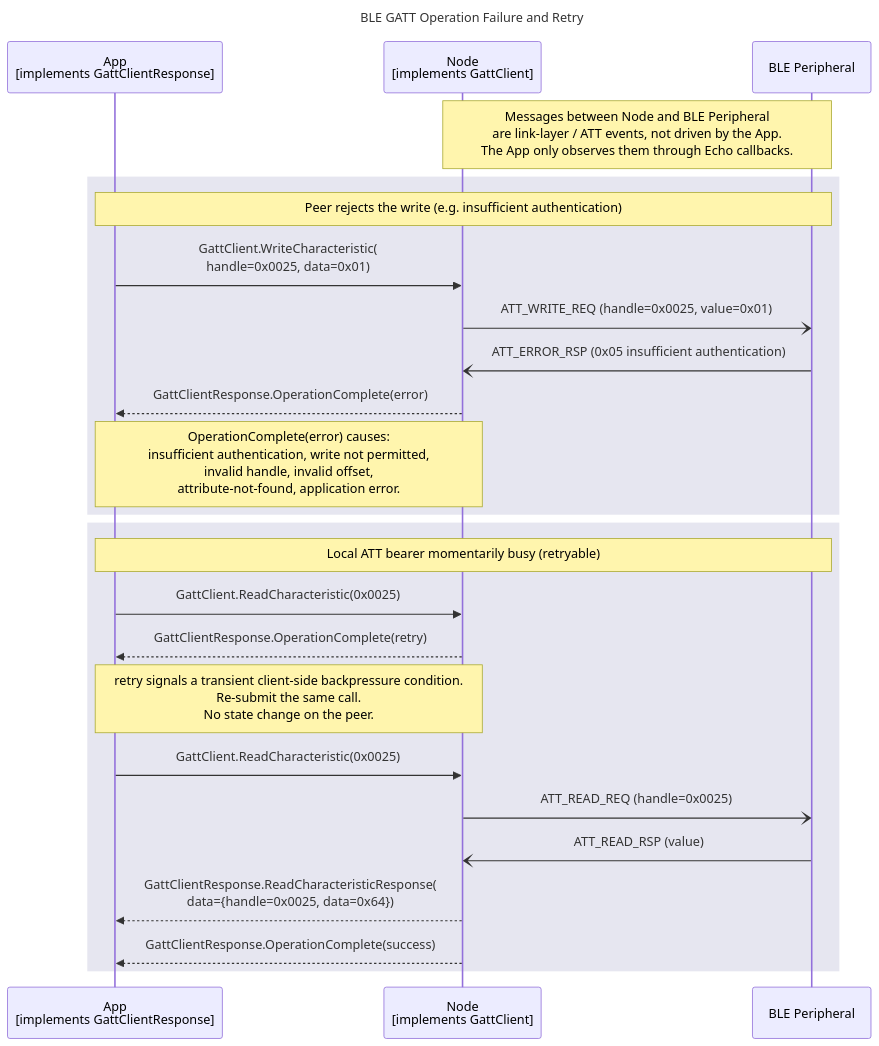
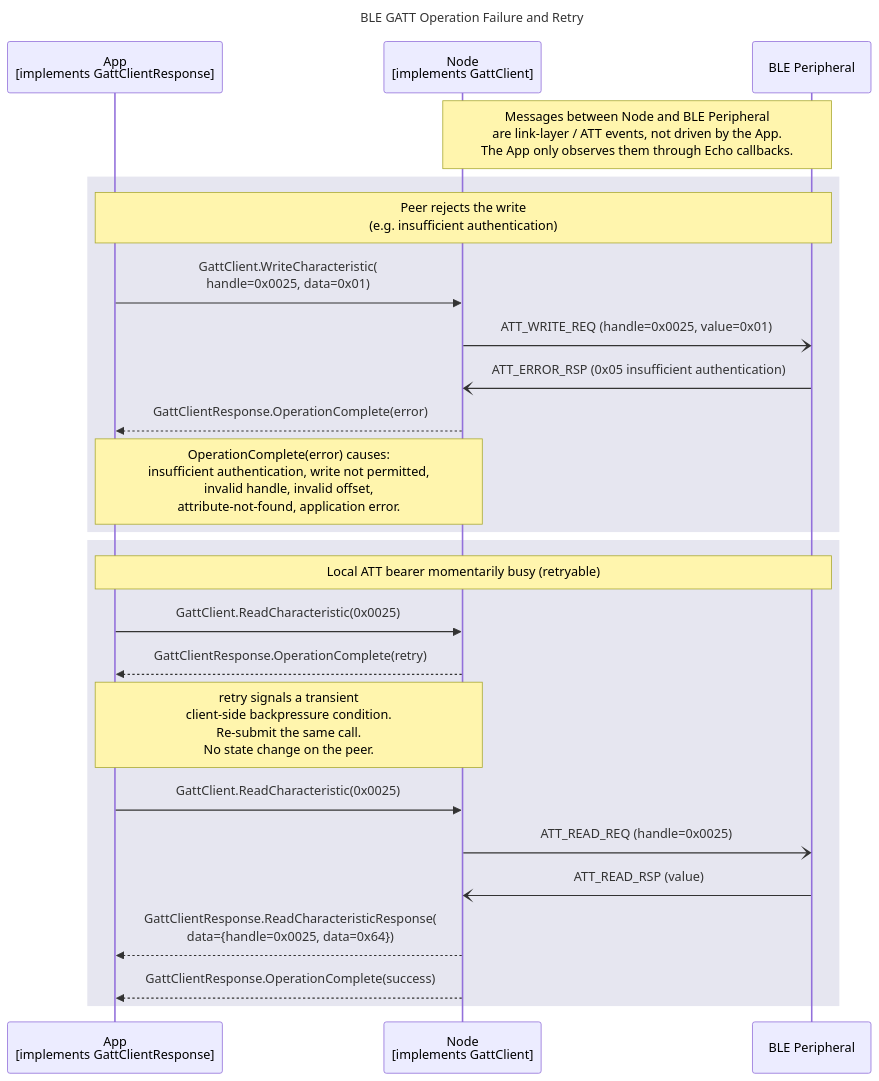
The diagram in documents/modules/ROOT/partials/echoservices/gatt_client/GattClient_OperationFailure_sequence.mmd (philips-software/amp-embedded-infra-lib), drawn with Mermaid before and after one commit. The commit also changed 12 other files, not shown here.

```diff
--- a/documents/modules/ROOT/partials/echoservices/gatt_client/GattClient_OperationFailure_sequence.mmd
+++ b/documents/modules/ROOT/partials/echoservices/gatt_client/GattClient_OperationFailure_sequence.mmd
@@ -1,30 +1,30 @@
 sequenceDiagram
     title BLE GATT Operation Failure and Retry
 
     participant App as App<br>[implements GattClientResponse]
     participant Node as Node<br>[implements GattClient]
     participant Peripheral as BLE Peripheral
 
     Note over Node, Peripheral: Messages between Node and BLE Peripheral<br>are link-layer / ATT events, not driven by the App.<br>The App only observes them through Echo callbacks.
 
     rect rgb(230, 230, 240)
-        note over App, Peripheral: Peer rejects the write (e.g. insufficient authentication)
+        note over App, Peripheral: Peer rejects the write<br>(e.g. insufficient authentication)
         App->>Node: GattClient.WriteCharacteristic(<br>handle=0x0025, data=0x01)
         Node-)Peripheral: ATT_WRITE_REQ (handle=0x0025, value=0x01)
         Peripheral-)Node: ATT_ERROR_RSP (0x05 insufficient authentication)
         Node-->>App: GattClientResponse.OperationComplete(error)
         Note over App, Node: OperationComplete(error) causes:<br>insufficient authentication, write not permitted,<br>invalid handle, invalid offset,<br>attribute-not-found, application error.
     end
 
     rect rgb(230, 230, 240)
         note over App, Peripheral: Local ATT bearer momentarily busy (retryable)
         App->>Node: GattClient.ReadCharacteristic(0x0025)
         Node-->>App: GattClientResponse.OperationComplete(retry)
-        Note over App, Node: retry signals a transient client-side backpressure condition.<br>Re-submit the same call.<br>No state change on the peer.
+        Note over App, Node: retry signals a transient<br>client-side backpressure condition.<br>Re-submit the same call.<br>No state change on the peer.
 
         App->>Node: GattClient.ReadCharacteristic(0x0025)
         Node-)Peripheral: ATT_READ_REQ (handle=0x0025)
         Peripheral-)Node: ATT_READ_RSP (value)
         Node-->>App: GattClientResponse.ReadCharacteristicResponse(<br>data={handle=0x0025, data=0x64})
         Node-->>App: GattClientResponse.OperationComplete(success)
     end
```
